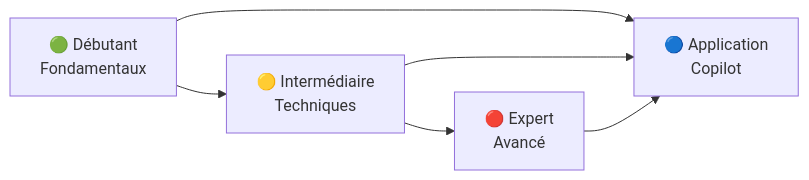
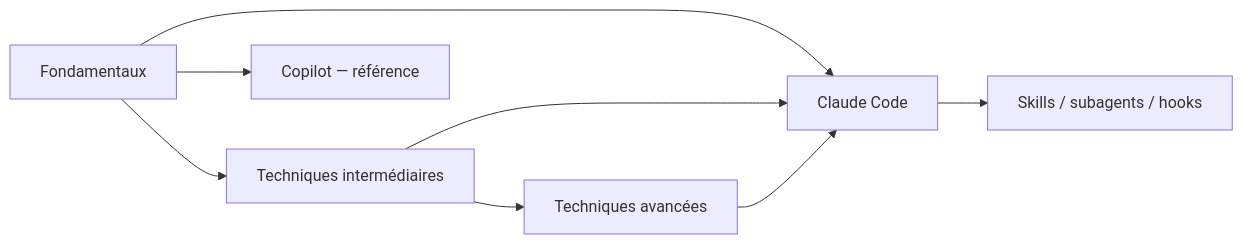
One commit to FTurleque/doc-utilisation-ia changed the second of 2 diagrams in docs/chapitre-5-prompt-engineering/index.md. Above: the diagram before and after it, drawn with Mermaid. The commit also changed other lines of this file, not shown here.

Commit message:
docs: réorienter prompt engineering vers Claude Code

````diff
--- a/docs/chapitre-5-prompt-engineering/index.md
+++ b/docs/chapitre-5-prompt-engineering/index.md
@@ -78,9 +145,10 @@
 ```mermaid
 graph LR
-    A["🟢 Débutant\nFondamentaux"] --> B["🟡 Intermédiaire\nTechniques"]
-    B --> C["🔴 Expert\nAvancé"]
-    A --> D["🔵 Application\nCopilot"]
+    A["Fondamentaux"] --> B["Techniques intermédiaires"]
+    B --> C["Techniques avancées"]
+    A --> D["Claude Code"]
     B --> D
     C --> D
-
+    D --> E["Skills / subagents / hooks"]
+    A --> F["Copilot — référence"]
 ```
````
